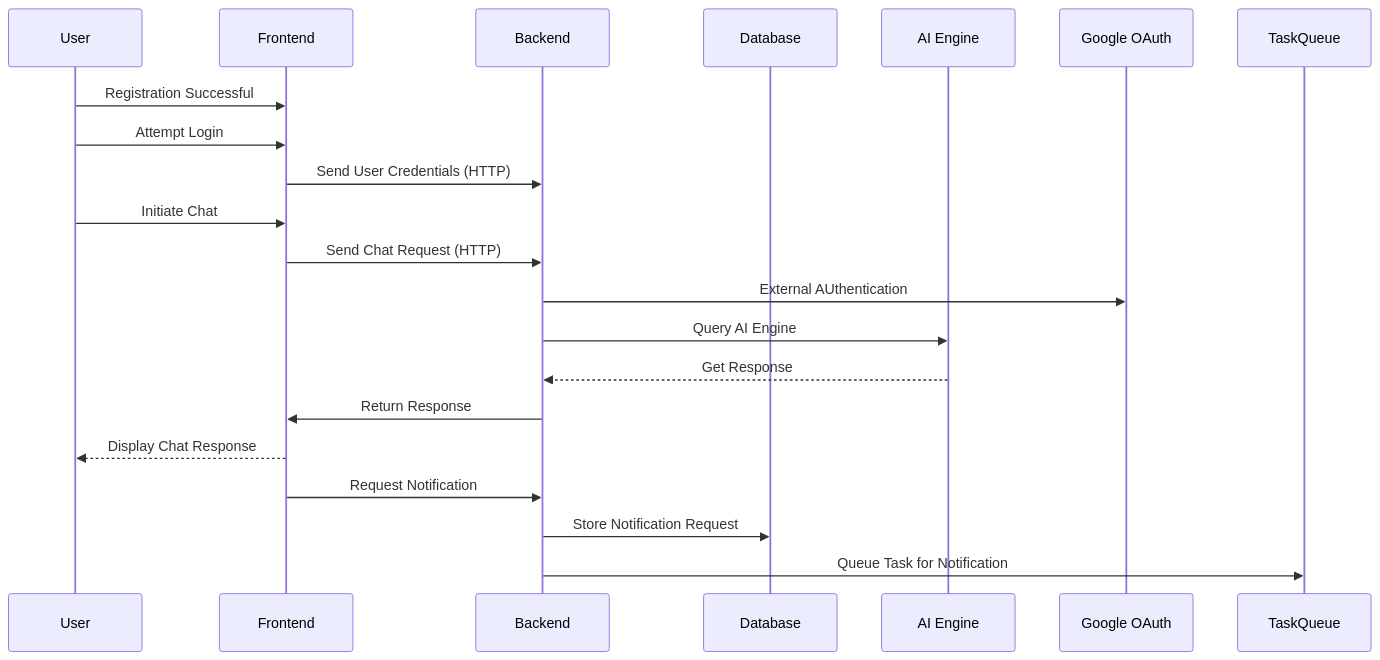
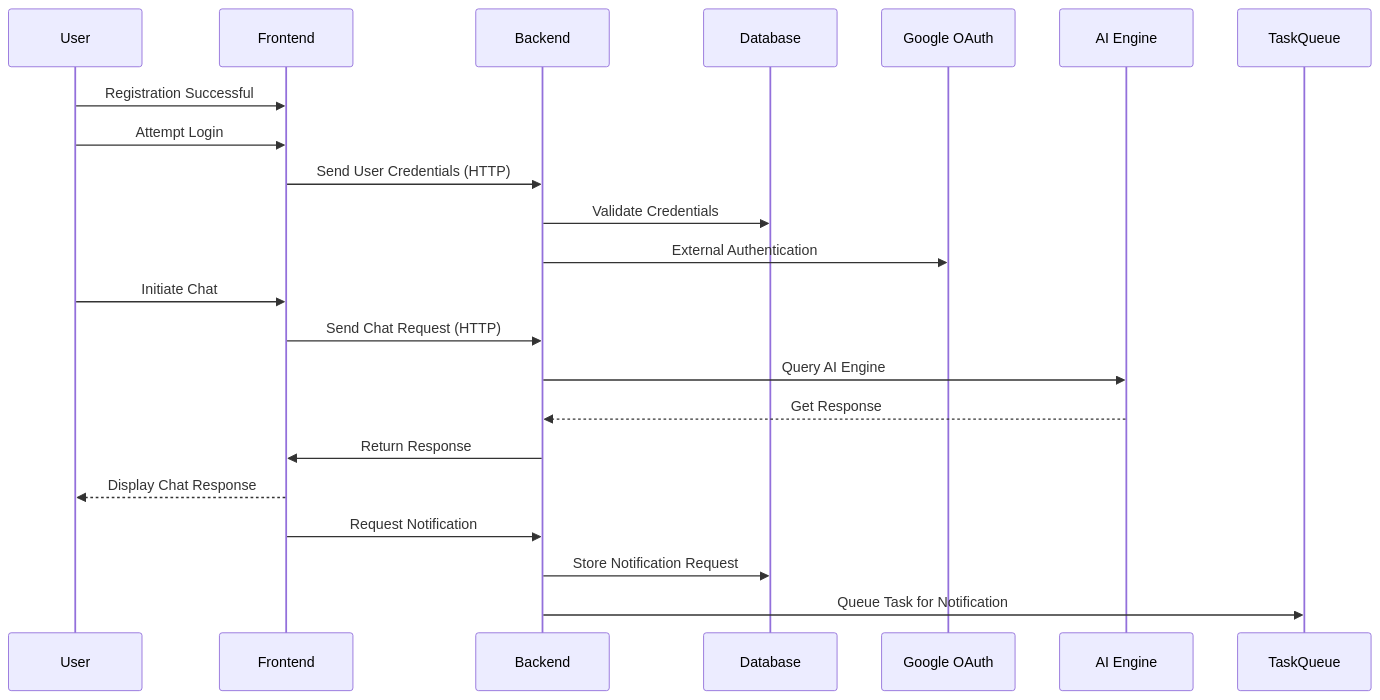
Before and after one commit to Joy-Ese/JayBank-Support-App: the second of 2 diagrams in mermaid.md, drawn with Mermaid.

````diff
--- a/mermaid.md
+++ b/mermaid.md
@@ -23,25 +23,26 @@
 ``` mermaid
 sequenceDiagram
     participant U as User
     participant FE as Frontend
     participant BE as Backend
     participant DB as Database
+    participant JWT as Google OAuth
     participant AI as AI Engine
-    participant JWT as Google OAuth
     participant Q as TaskQueue
 
     U->>FE: Registration Successful
     U->>FE: Attempt Login
     FE->>BE: Send User Credentials (HTTP)
+    BE->>DB: Validate Credentials
+    BE->>JWT: External Authentication
     U->>FE: Initiate Chat
     FE->>BE: Send Chat Request (HTTP)
-    BE->>JWT: External AUthentication
     BE->>AI: Query AI Engine
     AI-->>BE: Get Response
     BE->>FE: Return Response
     FE-->>U: Display Chat Response
 
     FE->>BE: Request Notification
     BE->>DB: Store Notification Request
     BE->>Q: Queue Task for Notification
 ```
````
